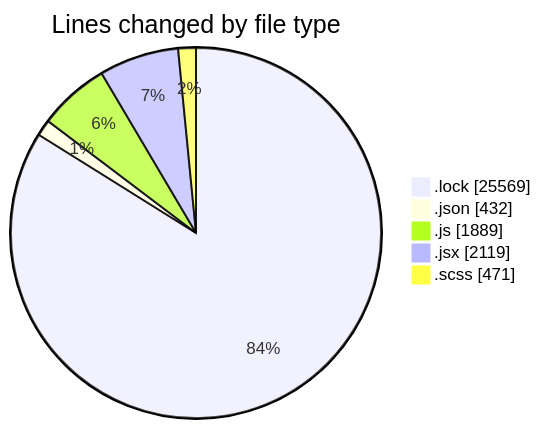
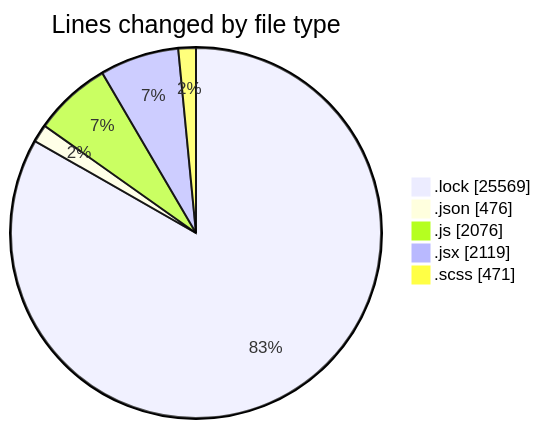
Before and after one commit to momahboobian/code-tracking: the first of 2 diagrams in 2026-01-07/cda/README.md, drawn with Mermaid. The commit also changed other lines of this file and 1 other file, not shown here.

````diff
--- a/2026-01-07/cda/README.md
+++ b/2026-01-07/cda/README.md
@@ -51,9 +51,9 @@
 ```mermaid
 pie showData
 title Lines changed by file type
 ".lock" : 25569
-".json" : 432
-".js" : 1889
+".json" : 476
+".js" : 2076
 ".jsx" : 2119
 ".scss" : 471
 ```
````
